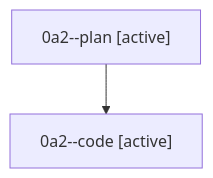
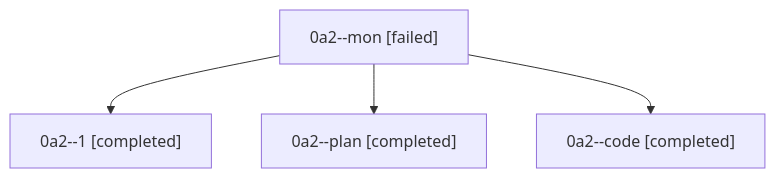
One commit to sase-org/sase--agents changed the diagram in families/bbugyi200.athena.0a2.md. Above: the diagram before and after it, drawn with Mermaid. The commit also changed other lines of this file and 427 other files, not shown here.

````diff
--- a/families/bbugyi200.athena.0a2.md
+++ b/families/bbugyi200.athena.0a2.md
@@ -9,6 +9,10 @@
 ```mermaid
 flowchart TD
-  n0["0a2--plan [active]"]
-  n1["0a2--code [active]"]
+  n0["0a2--mon [failed]"]
+  n1["0a2--1 [completed]"]
   n0 --> n1
+  n2["0a2--plan [completed]"]
+  n0 --> n2
+  n3["0a2--code [completed]"]
+  n0 --> n3
 ```
````
